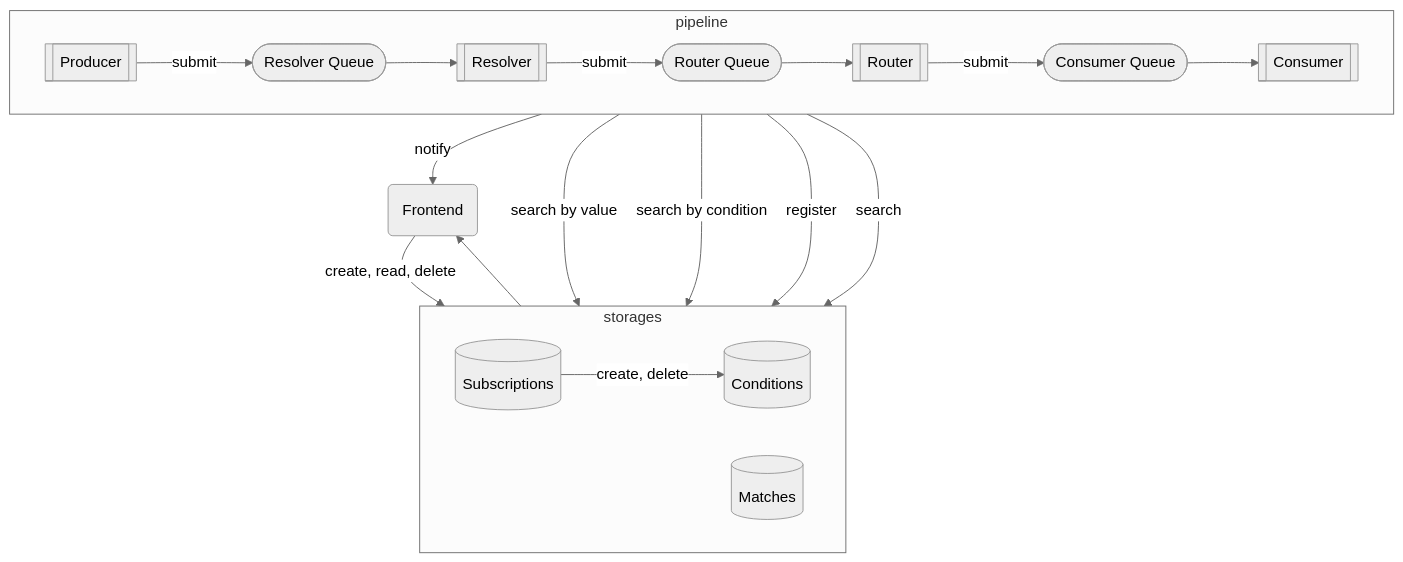
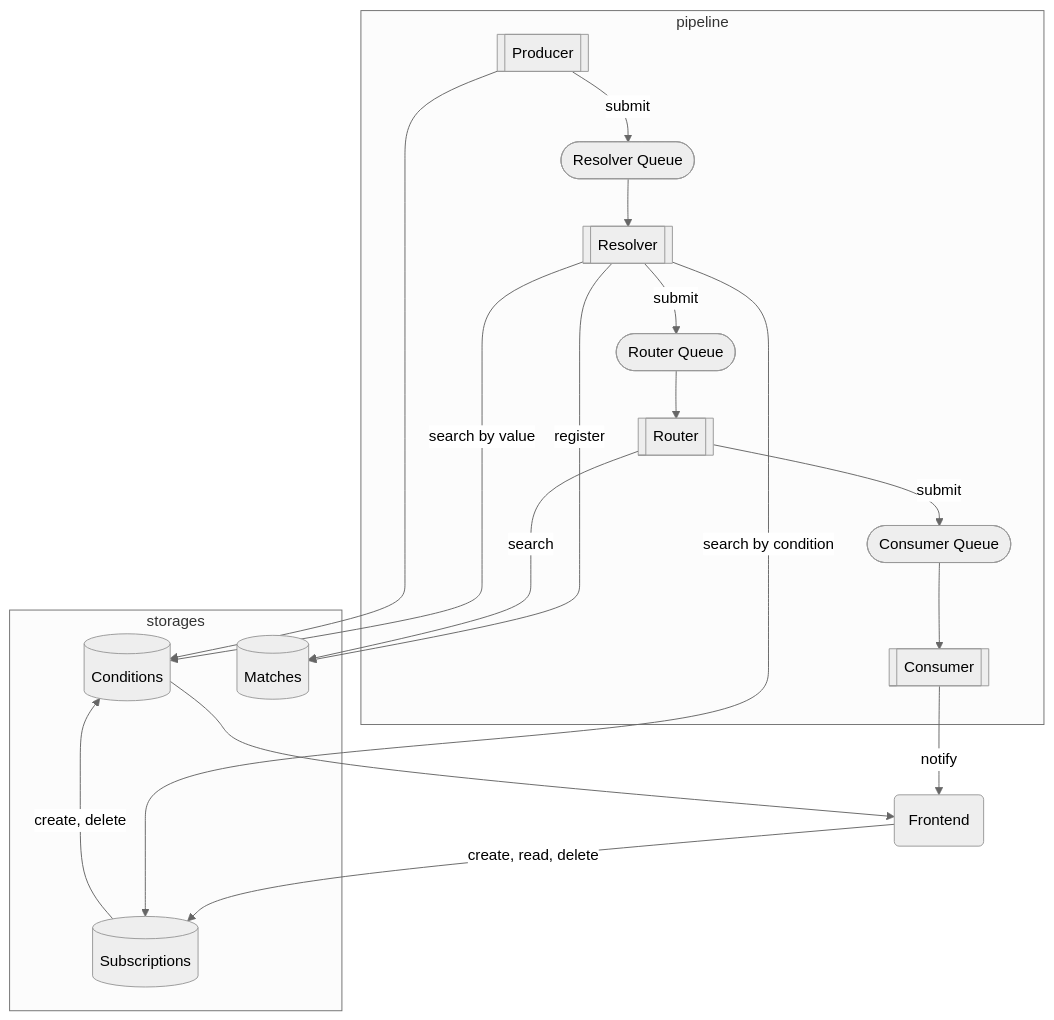
The second of 2 diagrams in profile/README.md (awakari/.github), drawn with Mermaid before and after one commit.

````diff
--- a/profile/README.md
+++ b/profile/README.md
@@ -161,30 +161,29 @@
 ```mermaid
 %%{init: {'theme': 'neutral' } }%%
 flowchart TB
     subgraph storages
-        direction LR
         conditions[(Conditions)]
         subscriptions[(Subscriptions)]
         matches[(Matches)]
     end
     subgraph pipeline
-        direction LR
         producer[[Producer]]
         resolverQueue([Resolver Queue])
         resolver[[Resolver]]
         routerQueue([Router Queue])
         router[[Router]]
         consumerQueue([Consumer Queue])
         consumer[[Consumer]]
     end
     frontend(Frontend) -->|create, read, delete| subscriptions
     producer -->|submit| resolverQueue
     resolver -->|search by value| conditions
     resolver --> |search by condition| subscriptions
     resolver --> |register| matches
     subscriptions --> |create, delete| conditions
     router --> |search| matches
     resolverQueue --> resolver -->|submit| routerQueue --> router -->|submit| consumerQueue --> consumer -->|notify| frontend
     
     conditions --> frontend
+    producer --> conditions
 ```
````
